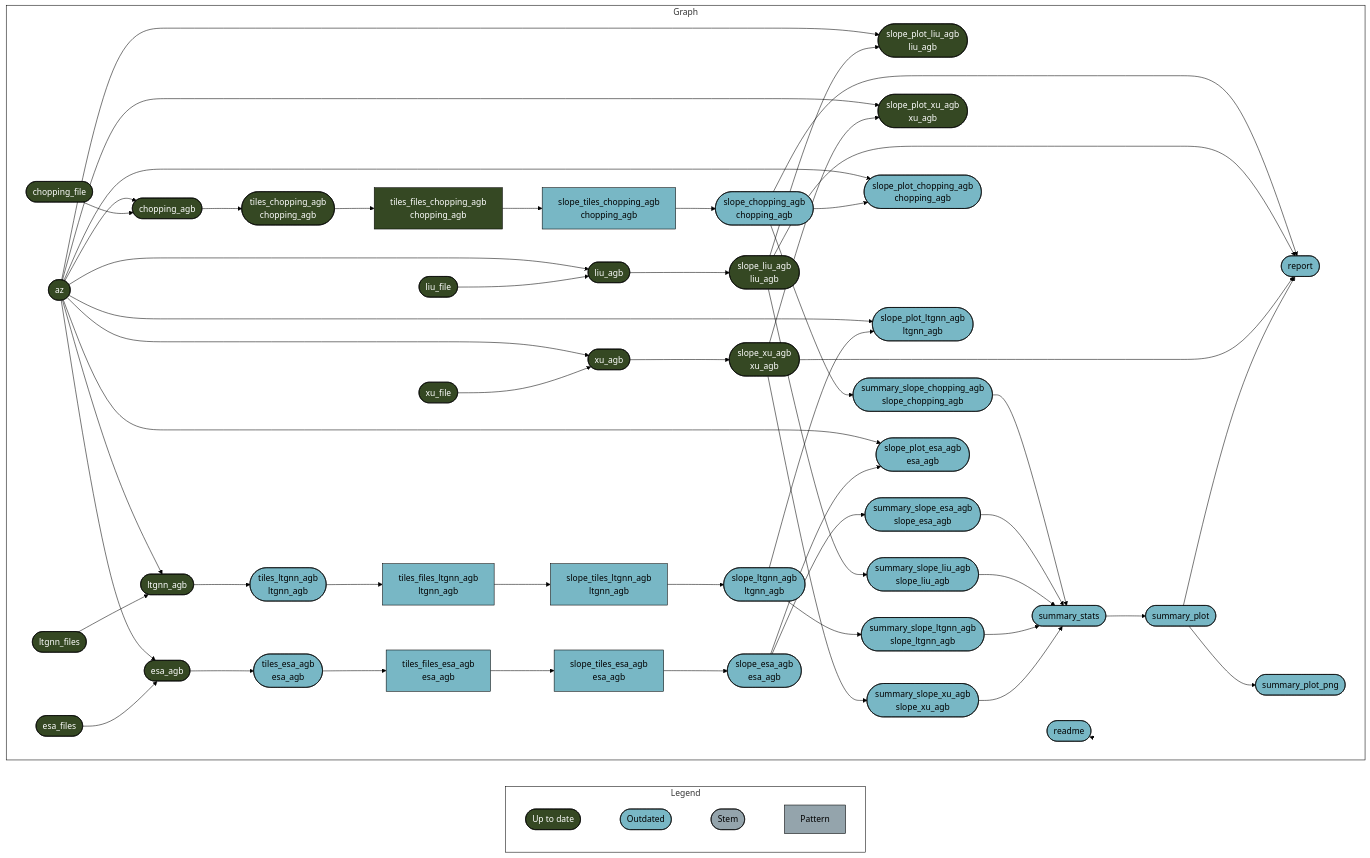
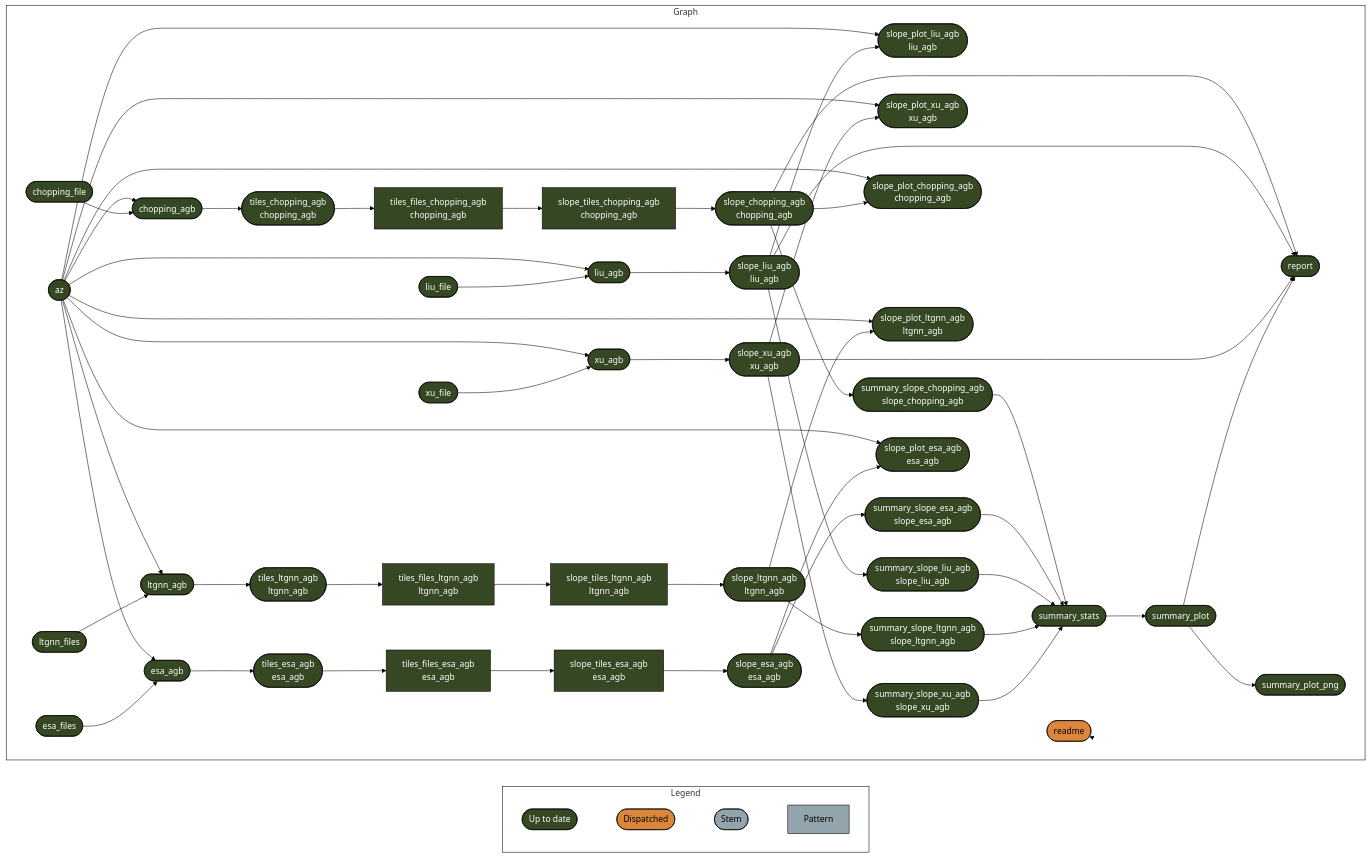
One commit to EcosystemEcologyLab/AZ-AGB-trend changed the diagram in README.md. Above: the diagram before and after it, drawn with Mermaid (forest theme). The commit also changed 1 other file, not shown here.

Commit message:
render readme on Jetstream

````diff
--- a/README.md
+++ b/README.md
@@ -36,72 +36,72 @@
 ``` mermaid
 graph LR
   style Legend fill:#FFFFFF00,stroke:#000000;
   style Graph fill:#FFFFFF00,stroke:#000000;
   subgraph Legend
     direction LR
-    xf1522833a4d242c5([""Up to date""]):::uptodate --- x2db1ec7a48f65a9b([""Outdated""]):::outdated
-    x2db1ec7a48f65a9b([""Outdated""]):::outdated --- xd03d7c7dd2ddda2b([""Stem""]):::none
+    xf1522833a4d242c5([""Up to date""]):::uptodate --- xb6630624a7b3aa0f([""Dispatched""]):::dispatched
+    xb6630624a7b3aa0f([""Dispatched""]):::dispatched --- xd03d7c7dd2ddda2b([""Stem""]):::none
     xd03d7c7dd2ddda2b([""Stem""]):::none --- x6f7e04ea3427f824[""Pattern""]:::none
   end
   subgraph Graph
     direction LR
-    xf99622c5fc8ef45a(["ltgnn_agb"]):::uptodate --> x7e3ed8ef27617b0c(["tiles_ltgnn_agb<br>ltgnn_agb"]):::outdated
+    xf99622c5fc8ef45a(["ltgnn_agb"]):::uptodate --> x7e3ed8ef27617b0c(["tiles_ltgnn_agb<br>ltgnn_agb"]):::uptodate
     xd175b91b13bd123d(["az"]):::uptodate --> x7b18c44a5b46e7c6(["slope_plot_liu_agb<br>liu_agb"]):::uptodate
     x19861953fb240462(["slope_liu_agb<br>liu_agb"]):::uptodate --> x7b18c44a5b46e7c6(["slope_plot_liu_agb<br>liu_agb"]):::uptodate
     xf4e158caecdccb15(["chopping_agb"]):::uptodate --> x6768884bc669c5f9(["tiles_chopping_agb<br>chopping_agb"]):::uptodate
     xd175b91b13bd123d(["az"]):::uptodate --> xf99622c5fc8ef45a(["ltgnn_agb"]):::uptodate
     x00f89745e3b925a1(["ltgnn_files"]):::uptodate --> xf99622c5fc8ef45a(["ltgnn_agb"]):::uptodate
-    x19861953fb240462(["slope_liu_agb<br>liu_agb"]):::uptodate --> x934c6d5503713b06(["summary_slope_liu_agb<br>slope_liu_agb"]):::outdated
-    xb8c4f257f8f5cc00["slope_tiles_esa_agb<br>esa_agb"]:::outdated --> x2b62872927f90ba0(["slope_esa_agb<br>esa_agb"]):::outdated
-    x9035538e1c606cb6(["slope_chopping_agb<br>chopping_agb"]):::outdated --> xb72891f20a5b8df1(["report"]):::outdated
-    x19861953fb240462(["slope_liu_agb<br>liu_agb"]):::uptodate --> xb72891f20a5b8df1(["report"]):::outdated
-    x3bcb242414a73cf6(["slope_xu_agb<br>xu_agb"]):::uptodate --> xb72891f20a5b8df1(["report"]):::outdated
-    x000fd996de9c9b5d(["summary_plot"]):::outdated --> xb72891f20a5b8df1(["report"]):::outdated
+    x19861953fb240462(["slope_liu_agb<br>liu_agb"]):::uptodate --> x934c6d5503713b06(["summary_slope_liu_agb<br>slope_liu_agb"]):::uptodate
+    xb8c4f257f8f5cc00["slope_tiles_esa_agb<br>esa_agb"]:::uptodate --> x2b62872927f90ba0(["slope_esa_agb<br>esa_agb"]):::uptodate
+    x9035538e1c606cb6(["slope_chopping_agb<br>chopping_agb"]):::uptodate --> xb72891f20a5b8df1(["report"]):::uptodate
+    x19861953fb240462(["slope_liu_agb<br>liu_agb"]):::uptodate --> xb72891f20a5b8df1(["report"]):::uptodate
+    x3bcb242414a73cf6(["slope_xu_agb<br>xu_agb"]):::uptodate --> xb72891f20a5b8df1(["report"]):::uptodate
+    x000fd996de9c9b5d(["summary_plot"]):::uptodate --> xb72891f20a5b8df1(["report"]):::uptodate
     xd175b91b13bd123d(["az"]):::uptodate --> xc1dac2c05b606c65(["slope_plot_xu_agb<br>xu_agb"]):::uptodate
     x3bcb242414a73cf6(["slope_xu_agb<br>xu_agb"]):::uptodate --> xc1dac2c05b606c65(["slope_plot_xu_agb<br>xu_agb"]):::uptodate
-    x3bcb242414a73cf6(["slope_xu_agb<br>xu_agb"]):::uptodate --> x1c4a7d9fb56ed3d5(["summary_slope_xu_agb<br>slope_xu_agb"]):::outdated
-    xd175b91b13bd123d(["az"]):::uptodate --> x85cf752f78e30db8(["slope_plot_chopping_agb<br>chopping_agb"]):::outdated
-    x9035538e1c606cb6(["slope_chopping_agb<br>chopping_agb"]):::outdated --> x85cf752f78e30db8(["slope_plot_chopping_agb<br>chopping_agb"]):::outdated
+    x3bcb242414a73cf6(["slope_xu_agb<br>xu_agb"]):::uptodate --> x1c4a7d9fb56ed3d5(["summary_slope_xu_agb<br>slope_xu_agb"]):::uptodate
+    xd175b91b13bd123d(["az"]):::uptodate --> x85cf752f78e30db8(["slope_plot_chopping_agb<br>chopping_agb"]):::uptodate
+    x9035538e1c606cb6(["slope_chopping_agb<br>chopping_agb"]):::uptodate --> x85cf752f78e30db8(["slope_plot_chopping_agb<br>chopping_agb"]):::uptodate
     xd175b91b13bd123d(["az"]):::uptodate --> xf4e158caecdccb15(["chopping_agb"]):::uptodate
     x34fa7583752e3167(["chopping_file"]):::uptodate --> xf4e158caecdccb15(["chopping_agb"]):::uptodate
-    xd175b91b13bd123d(["az"]):::uptodate --> x7200ced56d430735(["slope_plot_ltgnn_agb<br>ltgnn_agb"]):::outdated
-    x01a6772d1976e35e(["slope_ltgnn_agb<br>ltgnn_agb"]):::outdated --> x7200ced56d430735(["slope_plot_ltgnn_agb<br>ltgnn_agb"]):::outdated
-    xd0c88814a818c03c["tiles_files_ltgnn_agb<br>ltgnn_agb"]:::outdated --> x4b1136645d9b9d11["slope_tiles_ltgnn_agb<br>ltgnn_agb"]:::outdated
-    x2b62872927f90ba0(["slope_esa_agb<br>esa_agb"]):::outdated --> xb538f1edee56fb8e(["summary_slope_esa_agb<br>slope_esa_agb"]):::outdated
+    xd175b91b13bd123d(["az"]):::uptodate --> x7200ced56d430735(["slope_plot_ltgnn_agb<br>ltgnn_agb"]):::uptodate
+    x01a6772d1976e35e(["slope_ltgnn_agb<br>ltgnn_agb"]):::uptodate --> x7200ced56d430735(["slope_plot_ltgnn_agb<br>ltgnn_agb"]):::uptodate
+    xd0c88814a818c03c["tiles_files_ltgnn_agb<br>ltgnn_agb"]:::uptodate --> x4b1136645d9b9d11["slope_tiles_ltgnn_agb<br>ltgnn_agb"]:::uptodate
+    x2b62872927f90ba0(["slope_esa_agb<br>esa_agb"]):::uptodate --> xb538f1edee56fb8e(["summary_slope_esa_agb<br>slope_esa_agb"]):::uptodate
     xd175b91b13bd123d(["az"]):::uptodate --> x55cd1a25824d6c45(["xu_agb"]):::uptodate
     x4f83a8bb6986eb55(["xu_file"]):::uptodate --> x55cd1a25824d6c45(["xu_agb"]):::uptodate
-    xf12eae5dccac7288["tiles_files_esa_agb<br>esa_agb"]:::outdated --> xb8c4f257f8f5cc00["slope_tiles_esa_agb<br>esa_agb"]:::outdated
-    x1df925585a964a4f(["summary_stats"]):::outdated --> x000fd996de9c9b5d(["summary_plot"]):::outdated
-    xfd911c6a5ce68b32(["tiles_esa_agb<br>esa_agb"]):::outdated --> xf12eae5dccac7288["tiles_files_esa_agb<br>esa_agb"]:::outdated
+    xf12eae5dccac7288["tiles_files_esa_agb<br>esa_agb"]:::uptodate --> xb8c4f257f8f5cc00["slope_tiles_esa_agb<br>esa_agb"]:::uptodate
+    x1df925585a964a4f(["summary_stats"]):::uptodate --> x000fd996de9c9b5d(["summary_plot"]):::uptodate
+    xfd911c6a5ce68b32(["tiles_esa_agb<br>esa_agb"]):::uptodate --> xf12eae5dccac7288["tiles_files_esa_agb<br>esa_agb"]:::uptodate
     xd175b91b13bd123d(["az"]):::uptodate --> x9126df164c036a5c(["liu_agb"]):::uptodate
     x19766d176d835c12(["liu_file"]):::uptodate --> x9126df164c036a5c(["liu_agb"]):::uptodate
-    xb5861ed11a909dd6["tiles_files_chopping_agb<br>chopping_agb"]:::uptodate --> x09b7490629889bf8["slope_tiles_chopping_agb<br>chopping_agb"]:::outdated
-    x7e3ed8ef27617b0c(["tiles_ltgnn_agb<br>ltgnn_agb"]):::outdated --> xd0c88814a818c03c["tiles_files_ltgnn_agb<br>ltgnn_agb"]:::outdated
+    xb5861ed11a909dd6["tiles_files_chopping_agb<br>chopping_agb"]:::uptodate --> x09b7490629889bf8["slope_tiles_chopping_agb<br>chopping_agb"]:::uptodate
+    x7e3ed8ef27617b0c(["tiles_ltgnn_agb<br>ltgnn_agb"]):::uptodate --> xd0c88814a818c03c["tiles_files_ltgnn_agb<br>ltgnn_agb"]:::uptodate
     xd175b91b13bd123d(["az"]):::uptodate --> x20b6251b56892c2a(["esa_agb"]):::uptodate
     x151ce04cb638b59b(["esa_files"]):::uptodate --> x20b6251b56892c2a(["esa_agb"]):::uptodate
     x9126df164c036a5c(["liu_agb"]):::uptodate --> x19861953fb240462(["slope_liu_agb<br>liu_agb"]):::uptodate
-    x000fd996de9c9b5d(["summary_plot"]):::outdated --> x14470e08f150281f(["summary_plot_png"]):::outdated
-    x4b1136645d9b9d11["slope_tiles_ltgnn_agb<br>ltgnn_agb"]:::outdated --> x01a6772d1976e35e(["slope_ltgnn_agb<br>ltgnn_agb"]):::outdated
+    x000fd996de9c9b5d(["summary_plot"]):::uptodate --> x14470e08f150281f(["summary_plot_png"]):::uptodate
+    x4b1136645d9b9d11["slope_tiles_ltgnn_agb<br>ltgnn_agb"]:::uptodate --> x01a6772d1976e35e(["slope_ltgnn_agb<br>ltgnn_agb"]):::uptodate
     x55cd1a25824d6c45(["xu_agb"]):::uptodate --> x3bcb242414a73cf6(["slope_xu_agb<br>xu_agb"]):::uptodate
-    x09b7490629889bf8["slope_tiles_chopping_agb<br>chopping_agb"]:::outdated --> x9035538e1c606cb6(["slope_chopping_agb<br>chopping_agb"]):::outdated
-    x01a6772d1976e35e(["slope_ltgnn_agb<br>ltgnn_agb"]):::outdated --> xa16d430869e8e273(["summary_slope_ltgnn_agb<br>slope_ltgnn_agb"]):::outdated
-    xd175b91b13bd123d(["az"]):::uptodate --> x88a086ea53d4cf03(["slope_plot_esa_agb<br>esa_agb"]):::outdated
-    x2b62872927f90ba0(["slope_esa_agb<br>esa_agb"]):::outdated --> x88a086ea53d4cf03(["slope_plot_esa_agb<br>esa_agb"]):::outdated
-    x20b6251b56892c2a(["esa_agb"]):::uptodate --> xfd911c6a5ce68b32(["tiles_esa_agb<br>esa_agb"]):::outdated
+    x09b7490629889bf8["slope_tiles_chopping_agb<br>chopping_agb"]:::uptodate --> x9035538e1c606cb6(["slope_chopping_agb<br>chopping_agb"]):::uptodate
+    x01a6772d1976e35e(["slope_ltgnn_agb<br>ltgnn_agb"]):::uptodate --> xa16d430869e8e273(["summary_slope_ltgnn_agb<br>slope_ltgnn_agb"]):::uptodate
+    xd175b91b13bd123d(["az"]):::uptodate --> x88a086ea53d4cf03(["slope_plot_esa_agb<br>esa_agb"]):::uptodate
+    x2b62872927f90ba0(["slope_esa_agb<br>esa_agb"]):::uptodate --> x88a086ea53d4cf03(["slope_plot_esa_agb<br>esa_agb"]):::uptodate
+    x20b6251b56892c2a(["esa_agb"]):::uptodate --> xfd911c6a5ce68b32(["tiles_esa_agb<br>esa_agb"]):::uptodate
     x6768884bc669c5f9(["tiles_chopping_agb<br>chopping_agb"]):::uptodate --> xb5861ed11a909dd6["tiles_files_chopping_agb<br>chopping_agb"]:::uptodate
-    x9035538e1c606cb6(["slope_chopping_agb<br>chopping_agb"]):::outdated --> x0d6d34d4d7cb30cd(["summary_slope_chopping_agb<br>slope_chopping_agb"]):::outdated
-    x0d6d34d4d7cb30cd(["summary_slope_chopping_agb<br>slope_chopping_agb"]):::outdated --> x1df925585a964a4f(["summary_stats"]):::outdated
-    xb538f1edee56fb8e(["summary_slope_esa_agb<br>slope_esa_agb"]):::outdated --> x1df925585a964a4f(["summary_stats"]):::outdated
-    x934c6d5503713b06(["summary_slope_liu_agb<br>slope_liu_agb"]):::outdated --> x1df925585a964a4f(["summary_stats"]):::outdated
-    xa16d430869e8e273(["summary_slope_ltgnn_agb<br>slope_ltgnn_agb"]):::outdated --> x1df925585a964a4f(["summary_stats"]):::outdated
-    x1c4a7d9fb56ed3d5(["summary_slope_xu_agb<br>slope_xu_agb"]):::outdated --> x1df925585a964a4f(["summary_stats"]):::outdated
-    xc11069275cfeb620(["readme"]):::outdated --> xc11069275cfeb620(["readme"]):::outdated
+    x9035538e1c606cb6(["slope_chopping_agb<br>chopping_agb"]):::uptodate --> x0d6d34d4d7cb30cd(["summary_slope_chopping_agb<br>slope_chopping_agb"]):::uptodate
+    x0d6d34d4d7cb30cd(["summary_slope_chopping_agb<br>slope_chopping_agb"]):::uptodate --> x1df925585a964a4f(["summary_stats"]):::uptodate
+    xb538f1edee56fb8e(["summary_slope_esa_agb<br>slope_esa_agb"]):::uptodate --> x1df925585a964a4f(["summary_stats"]):::uptodate
+    x934c6d5503713b06(["summary_slope_liu_agb<br>slope_liu_agb"]):::uptodate --> x1df925585a964a4f(["summary_stats"]):::uptodate
+    xa16d430869e8e273(["summary_slope_ltgnn_agb<br>slope_ltgnn_agb"]):::uptodate --> x1df925585a964a4f(["summary_stats"]):::uptodate
+    x1c4a7d9fb56ed3d5(["summary_slope_xu_agb<br>slope_xu_agb"]):::uptodate --> x1df925585a964a4f(["summary_stats"]):::uptodate
+    xc11069275cfeb620(["readme"]):::dispatched --> xc11069275cfeb620(["readme"]):::dispatched
   end
   classDef uptodate stroke:#000000,color:#ffffff,fill:#354823;
-  classDef outdated stroke:#000000,color:#000000,fill:#78B7C5;
+  classDef dispatched stroke:#000000,color:#000000,fill:#DC863B;
   classDef none stroke:#000000,color:#000000,fill:#94a4ac;
   linkStyle 0 stroke-width:0px;
   linkStyle 1 stroke-width:0px;
   linkStyle 2 stroke-width:0px;
   linkStyle 53 stroke-width:0px;
 ```
````
